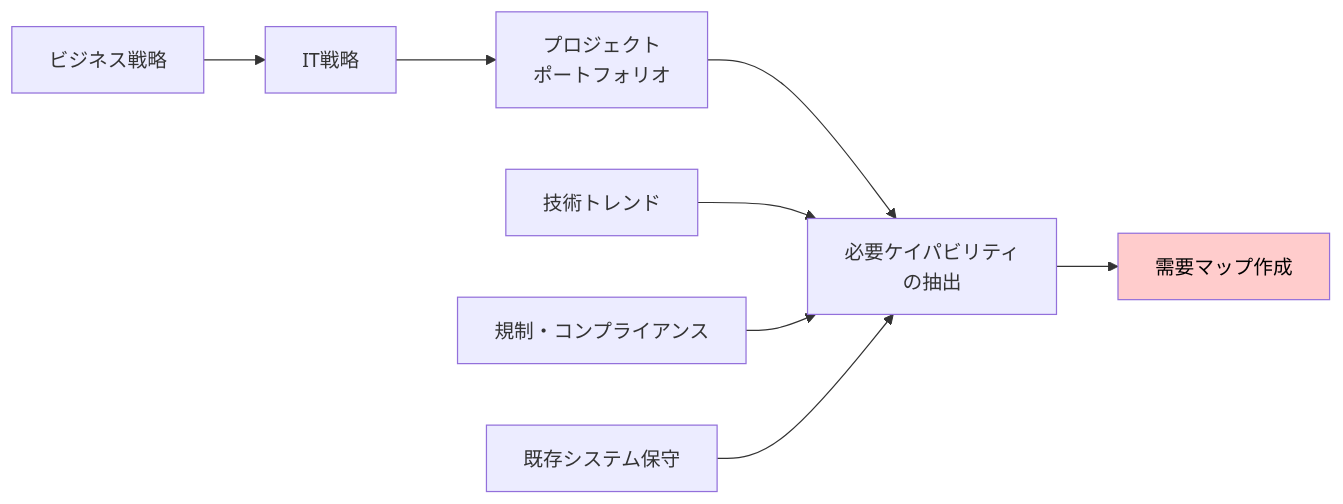
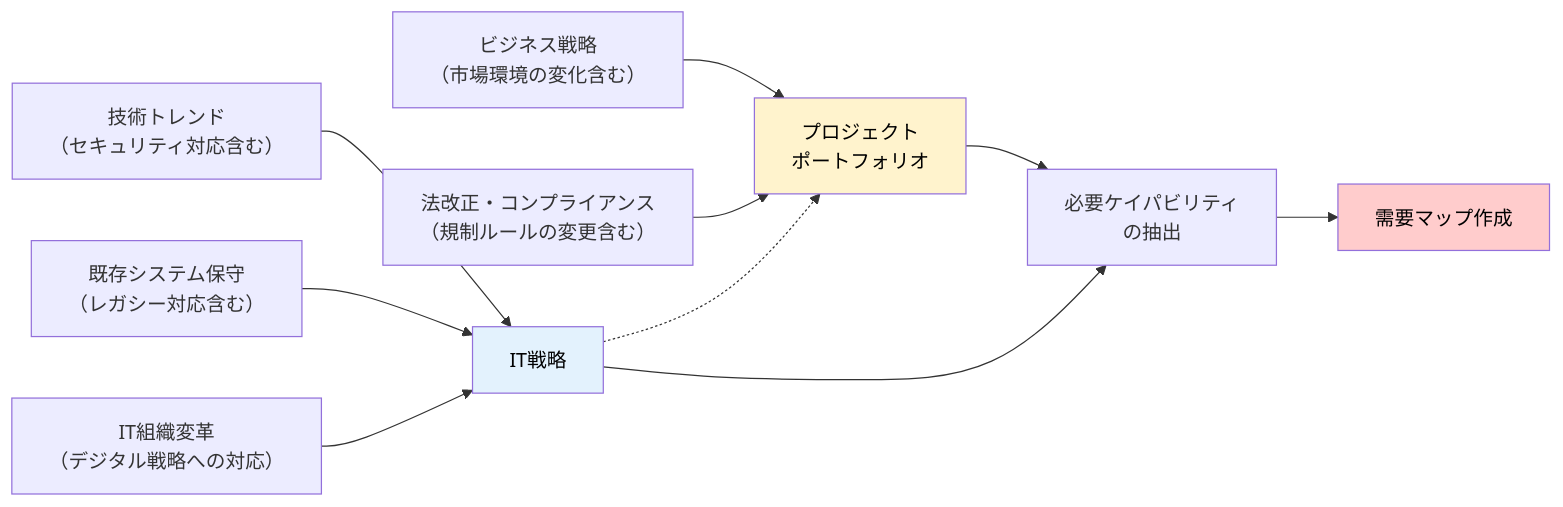
The first of 5 diagrams in docs/CAPABILITY-management/capability-gap-analysis.md (hiroyasu-komaki/sample-codes-public), drawn with Mermaid before and after one commit.

Commit message:
it capability development plan

````diff
--- a/docs/CAPABILITY-management/capability-gap-analysis.md
+++ b/docs/CAPABILITY-management/capability-gap-analysis.md
@@ -17,14 +17,19 @@
 ```mermaid
 flowchart LR
-    A[ビジネス戦略] --> B[IT戦略]
-    B --> C[プロジェクト<br/>ポートフォリオ]
+    A[ビジネス戦略<br>（市場環境の変化含む）] --> C[プロジェクト<br/>ポートフォリオ]
+    F[法改正・コンプライアンス<br>（規制ルールの変更含む）] --> C
+    
+    E[技術トレンド<br>（セキュリティ対応含む）] --> B[IT戦略]
+    G[既存システム保守<br>（レガシー対応含む）] --> B
+    I[IT組織変革<br>（デジタル戦略への対応）] --> B
+    
     C --> D[必要ケイパビリティ<br/>の抽出]
+    B --> D
     
-    E[技術トレンド] --> D
-    F[規制・コンプライアンス] --> D
-    G[既存システム保守] --> D
-    
+    B -.-> C
     D --> H[需要マップ作成]
     
+    style B fill:#e3f2fd,color:#000
+    style C fill:#fff3cd,color:#000
     style H fill:#ffcccc,color:#000
 ```
````
